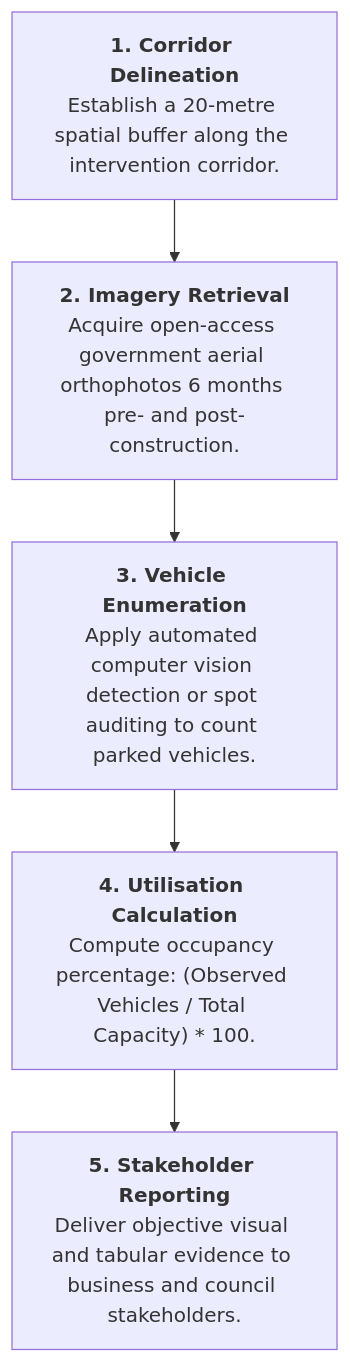
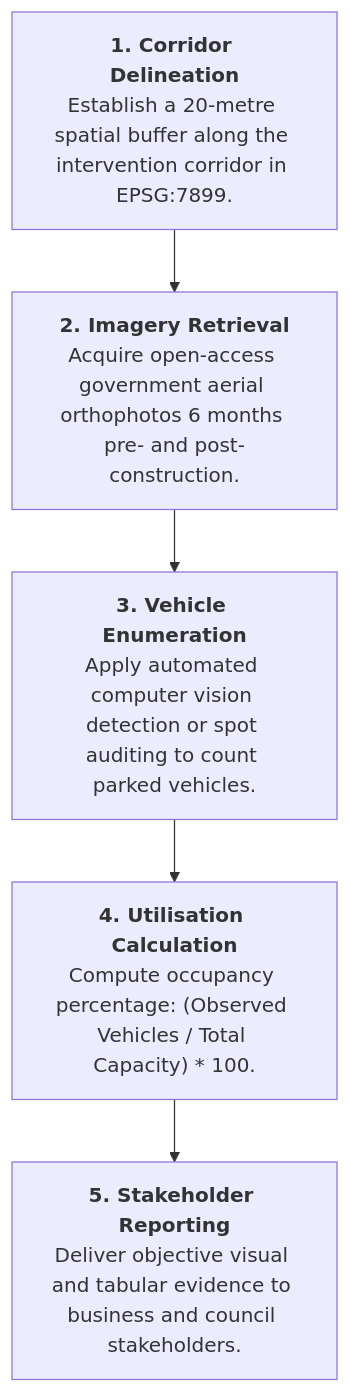
One commit to rooien/urban-analysis changed the ninth of 9 diagrams in team_b/PARKING_UTILISATION_INSIGHTS.md. Above: the diagram before and after it, drawn with Mermaid. The commit also changed other lines of this file and 8 other files, not shown here.

````diff
--- a/team_b/PARKING_UTILISATION_INSIGHTS.md
+++ b/team_b/PARKING_UTILISATION_INSIGHTS.md
@@ -242,7 +344,7 @@
 ```mermaid
 flowchart TD
-    Step1["<b>1. Corridor Delineation</b><br/>Establish a 20-metre spatial buffer along the intervention corridor."] --> Step2["<b>2. Imagery Retrieval</b><br/>Acquire open-access government aerial orthophotos 6 months pre- and post-construction."]
+    Step1["<b>1. Corridor Delineation</b><br/>Establish a 20-metre spatial buffer along the intervention corridor in EPSG:7899."] --> Step2["<b>2. Imagery Retrieval</b><br/>Acquire open-access government aerial orthophotos 6 months pre- and post-construction."]
     Step2 --> Step3["<b>3. Vehicle Enumeration</b><br/>Apply automated computer vision detection or spot auditing to count parked vehicles."]
     Step3 --> Step4["<b>4. Utilisation Calculation</b><br/>Compute occupancy percentage: (Observed Vehicles / Total Capacity) * 100."]
     Step4 --> Step5["<b>5. Stakeholder Reporting</b><br/>Deliver objective visual and tabular evidence to business and council stakeholders."]
 ```
````
